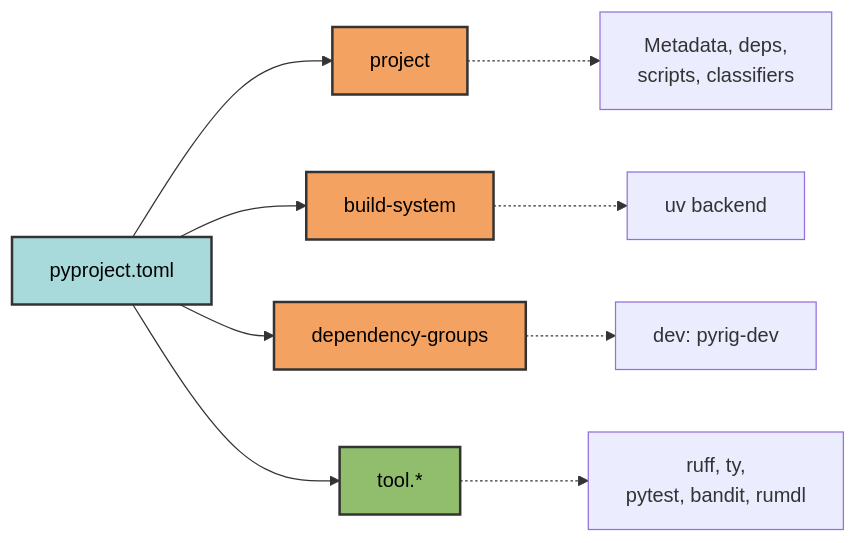
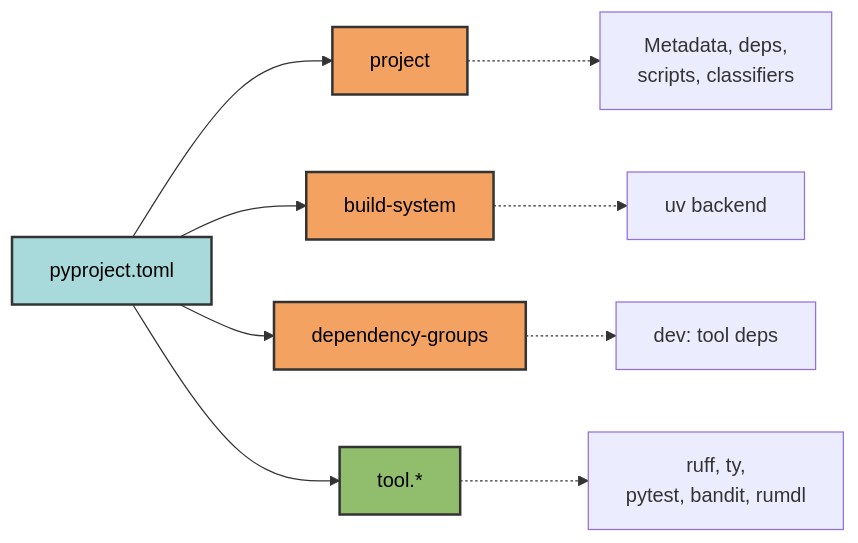
One commit to Winipedia/pyrig changed the second of 2 diagrams in docs/configs/pyproject.md. Above: the diagram before and after it, drawn with Mermaid. The commit also changed other lines of this file and 26 other files, not shown here.

Commit message:
made tools dev deps adjustable and overridabke for user and pyrig dev only has pyrig essentials now for pyrigs use like toml and yaml pkgs

````diff
--- a/docs/configs/pyproject.md
+++ b/docs/configs/pyproject.md
@@ -48,18 +48,18 @@
 ```mermaid
 graph LR
     A[pyproject.toml] --> B[project]
     A --> C[build-system]
     A --> D[dependency-groups]
     A --> E[tool.*]
 
     B -.-> B1[Metadata, deps,<br/>scripts, classifiers]
     C -.-> C1[uv backend]
-    D -.-> D1[dev: pyrig-dev]
+    D -.-> D1[dev: tool deps]
     E -.-> E1[ruff, ty,<br/>pytest, bandit, rumdl]
 
     style A fill:#a8dadc,stroke:#333,stroke-width:2px,color:#000
     style B fill:#f4a261,stroke:#333,stroke-width:2px,color:#000
     style C fill:#f4a261,stroke:#333,stroke-width:2px,color:#000
     style D fill:#f4a261,stroke:#333,stroke-width:2px,color:#000
     style E fill:#90be6d,stroke:#333,stroke-width:2px,color:#000
 ```
````
